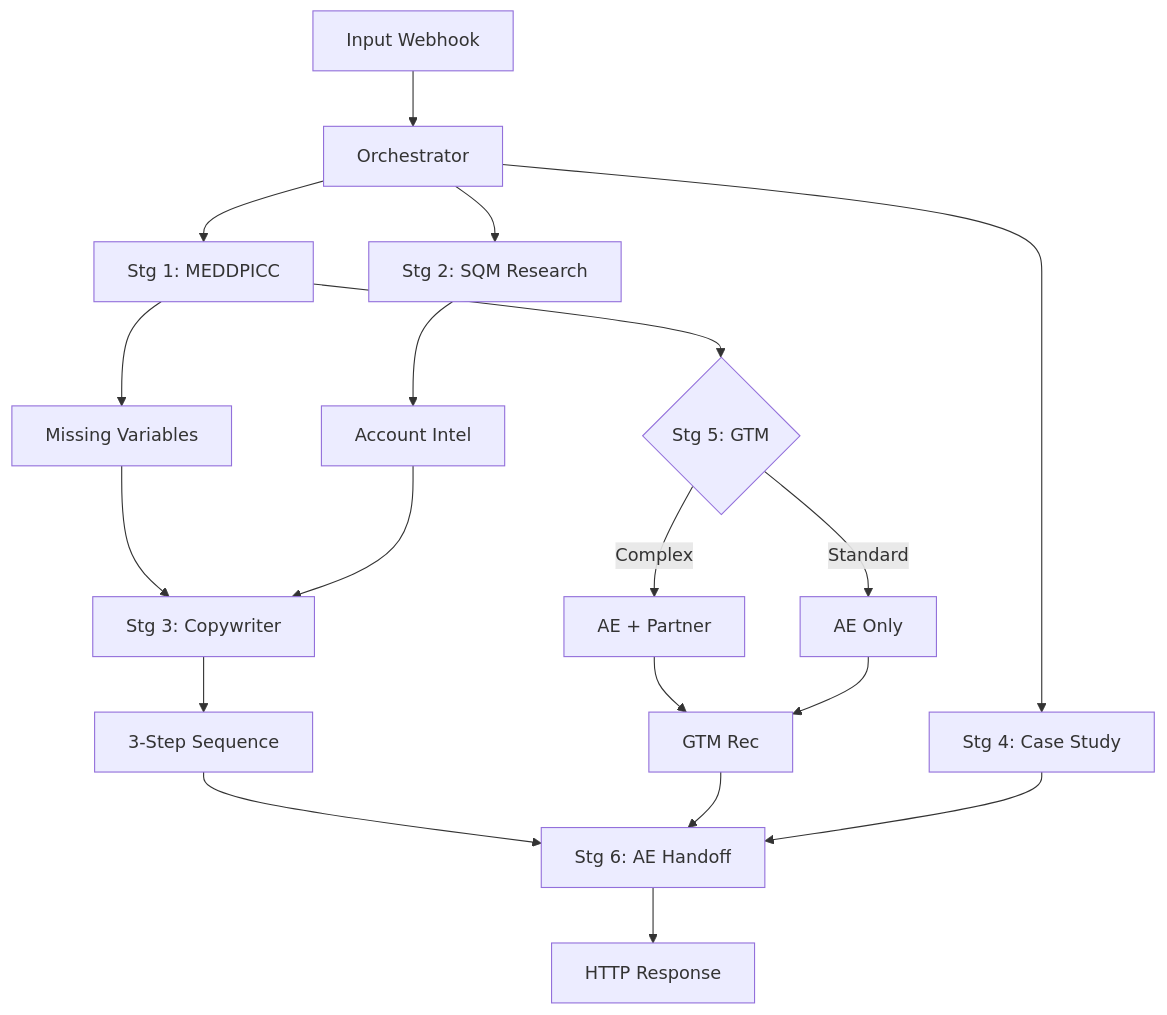
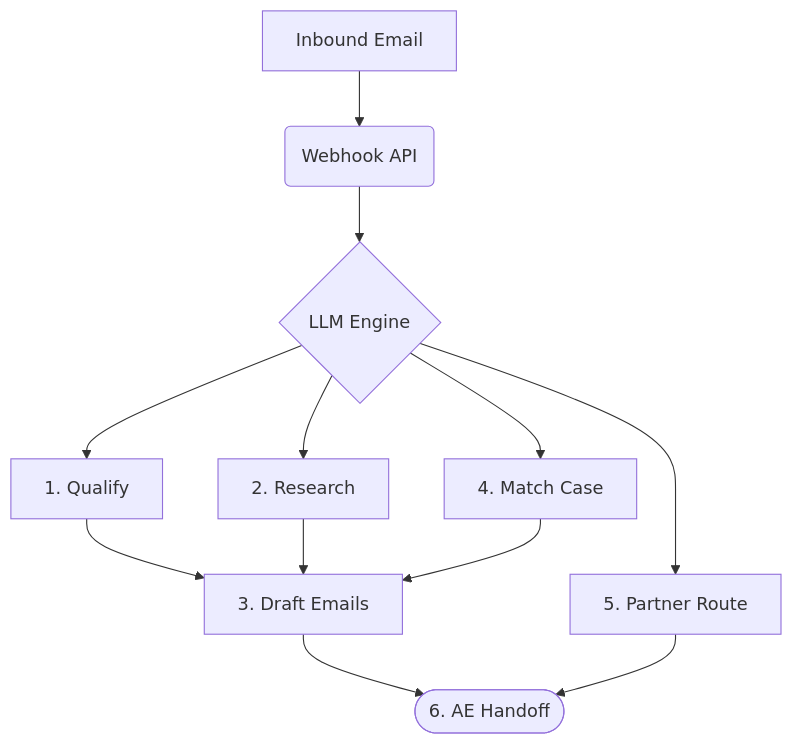
Before and after one commit to kanav232/FlytBase-Autopilot-BDR: the diagram in submission.md, drawn with Mermaid. The commit also changed other lines of this file, not shown here.

Commit message:
Update Mermaid diagram to be strictly vertical with diagram key

````diff
--- a/submission.md
+++ b/submission.md
@@ -11,28 +11,11 @@
 ```mermaid
 flowchart TD
-  A[Input Webhook] --> B[Orchestrator]
-  
-  B --> C[Stg 1: MEDDPICC]
-  B --> D[Stg 2: SQM Research]
-  B --> E[Stg 4: Case Study]
-
-  C --> F[Missing Variables]
-  D --> G[Account Intel]
-  
-  F --> H[Stg 3: Copywriter]
-  G --> H
-  
-  C --> I{Stg 5: GTM}
-  I -- Complex --> J[AE + Partner]
-  I -- Standard --> K[AE Only]
-  
-  H --> L[3-Step Sequence]
-  J --> M[GTM Rec]
-  K --> M
-  
-  L --> N[Stg 6: AE Handoff]
-  M --> N
-  E --> N
-  
-  N --> O[HTTP Response]
+  A[Inbound Email] --> B(Webhook API)
+  B --> C{LLM Engine}
+  C --> D[1. Qualify]
+  C --> E[2. Research]
+  C --> F[4. Match Case]
+  D & E & F --> G[3. Draft Emails]
+  C --> H[5. Partner Route]
+  G & H --> I([6. AE Handoff])
 ```
````
